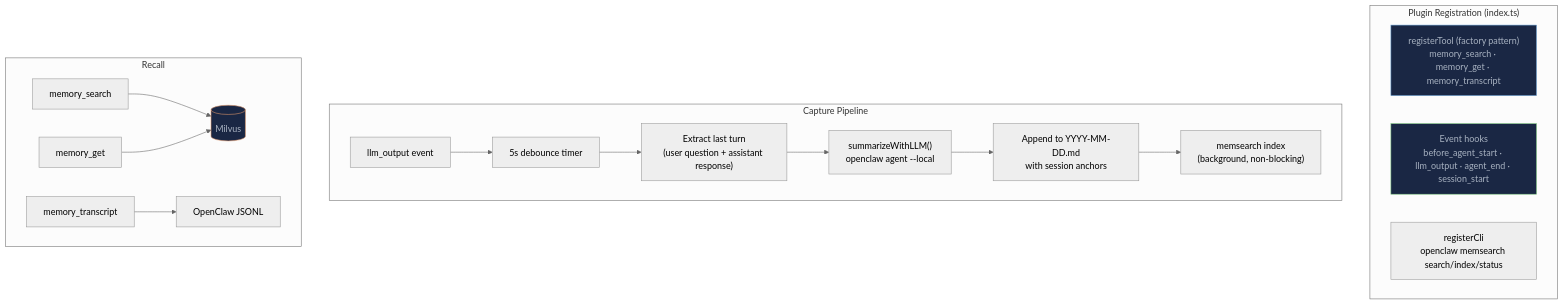
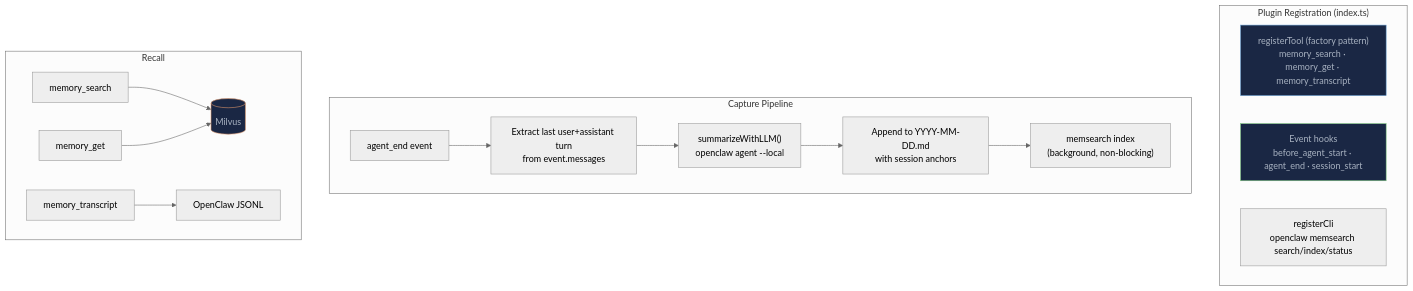
Before and after one commit to zilliztech/memsearch: the first of 2 diagrams in docs/platforms/openclaw/how-it-works.md, drawn with Mermaid (neutral theme). The commit also changed other lines of this file and 7 other files, not shown here.

First line of the commit message:
docs: update OpenClaw capture architecture from llm_output debounce to agent_end

````diff
--- a/docs/platforms/openclaw/how-it-works.md
+++ b/docs/platforms/openclaw/how-it-works.md
@@ -18,26 +17,25 @@
 ```mermaid
 graph TB
     subgraph "Plugin Registration (index.ts)"
         TOOLS["registerTool (factory pattern)<br/>memory_search · memory_get · memory_transcript"]
-        HOOKS["Event hooks<br/>before_agent_start · llm_output · agent_end · session_start"]
+        HOOKS["Event hooks<br/>before_agent_start · agent_end · session_start"]
         CLI["registerCli<br/>openclaw memsearch search/index/status"]
     end
 
     subgraph "Capture Pipeline"
-        LLM_OUT["llm_output event"] --> DEBOUNCE["5s debounce timer"]
-        DEBOUNCE --> EXTRACT["Extract last turn<br/>(user question + assistant response)"]
+        AGENT_END["agent_end event"] --> EXTRACT["Extract last user+assistant turn<br/>from event.messages"]
         EXTRACT --> SUMMARIZE["summarizeWithLLM()<br/>openclaw agent --local"]
         SUMMARIZE --> WRITE["Append to YYYY-MM-DD.md<br/>with session anchors"]
         WRITE --> INDEX["memsearch index<br/>(background, non-blocking)"]
     end
 
     subgraph "Recall"
         SEARCH["memory_search"] --> MILVUS[(Milvus)]
         EXPAND["memory_get"] --> MILVUS
         TRANSCRIPT["memory_transcript"] --> JSONL["OpenClaw JSONL"]
     end
 
     style TOOLS fill:#1a2744,stroke:#6ba3d6,color:#a8b2c1
     style HOOKS fill:#1a2744,stroke:#7bc67e,color:#a8b2c1
     style MILVUS fill:#1a2744,stroke:#e0976b,color:#a8b2c1
 ```
````
